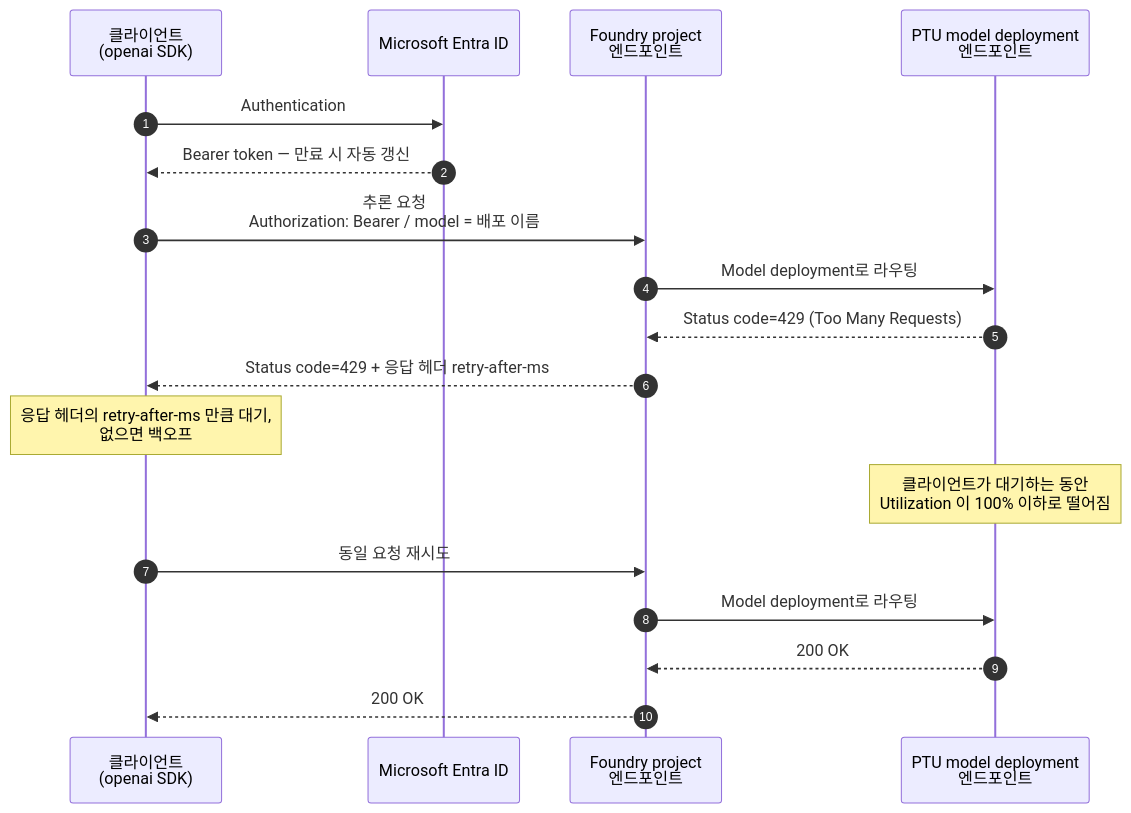
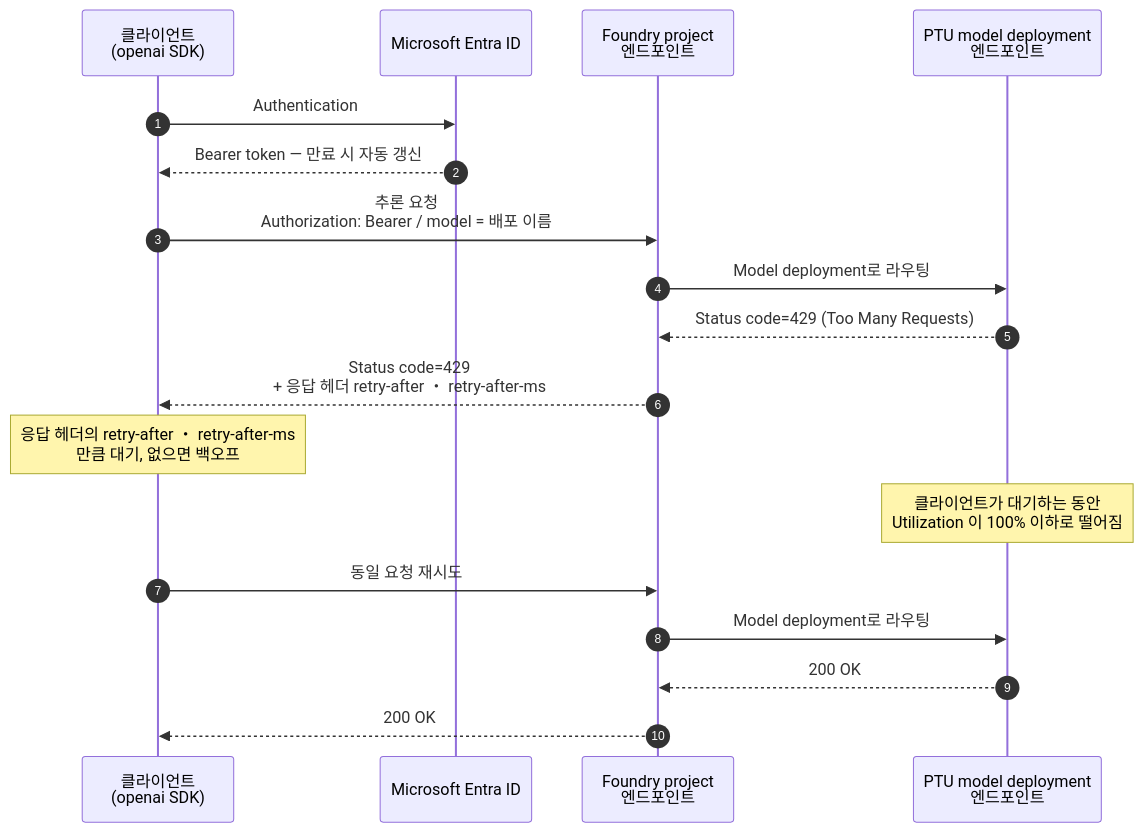
The third of 6 diagrams in README.md (ivorycloud1013/lab-azure-guide-foundry-ptu), drawn with Mermaid before and after one commit. The commit also changed other lines of this file and 1 other file, not shown here.

````diff
--- a/README.md
+++ b/README.md
@@ -274,21 +274,21 @@
 ```mermaid
 sequenceDiagram
     autonumber
     participant Client as 클라이언트<br/>(openai SDK)
     participant Entra as Microsoft Entra ID
     participant EP as Foundry project<br/>엔드포인트
     participant Deployment as PTU model deployment<br/>엔드포인트
 
     Client->>Entra: Authentication
     Entra-->>Client: Bearer token — 만료 시 자동 갱신
     Client->>EP: 추론 요청<br/>Authorization: Bearer / model = 배포 이름
     EP->>Deployment: Model deployment로 라우팅
     Deployment-->>EP: Status code=429 (Too Many Requests)
-    EP-->>Client: Status code=429 + 응답 헤더 retry-after-ms
-    Note over Client: 응답 헤더의 retry-after-ms 만큼 대기,<br/>없으면 백오프
+    EP-->>Client: Status code=429<br/>+ 응답 헤더 retry-after ・ retry-after-ms
+    Note over Client: 응답 헤더의 retry-after ・ retry-after-ms<br/>만큼 대기, 없으면 백오프
     Note over Deployment: 클라이언트가 대기하는 동안<br/>Utilization 이 100% 이하로 떨어짐
     Client->>EP: 동일 요청 재시도
     EP->>Deployment: Model deployment로 라우팅
     Deployment-->>EP: 200 OK
     EP-->>Client: 200 OK
 ```
````
